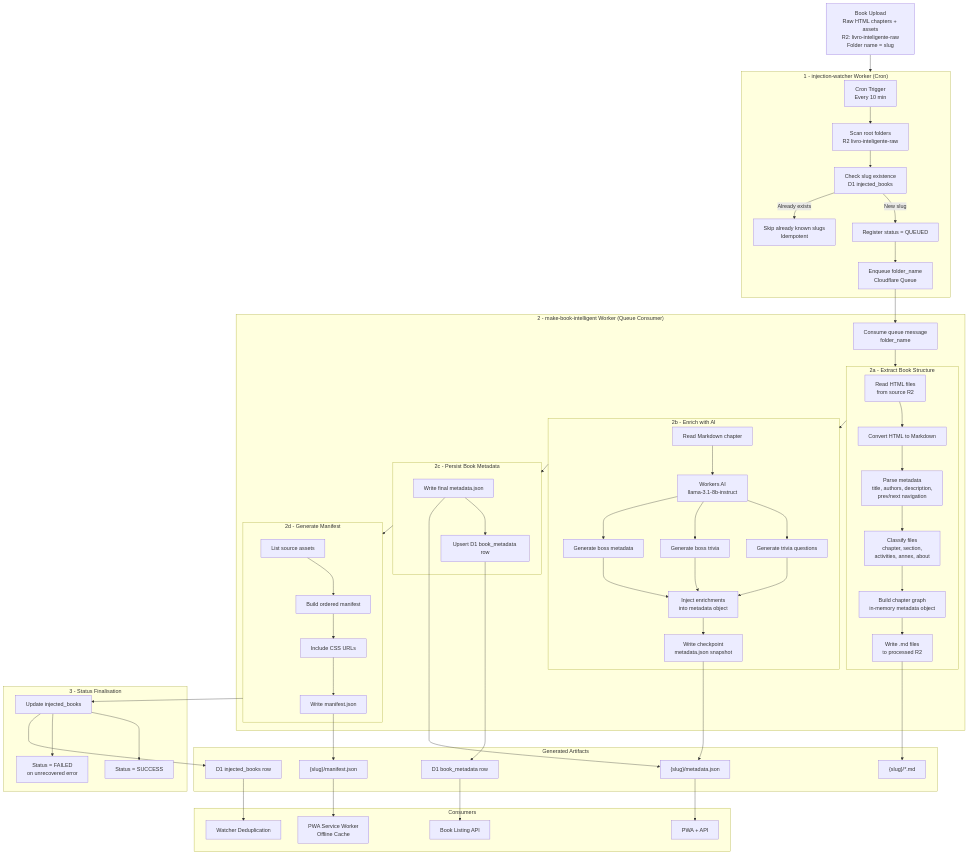
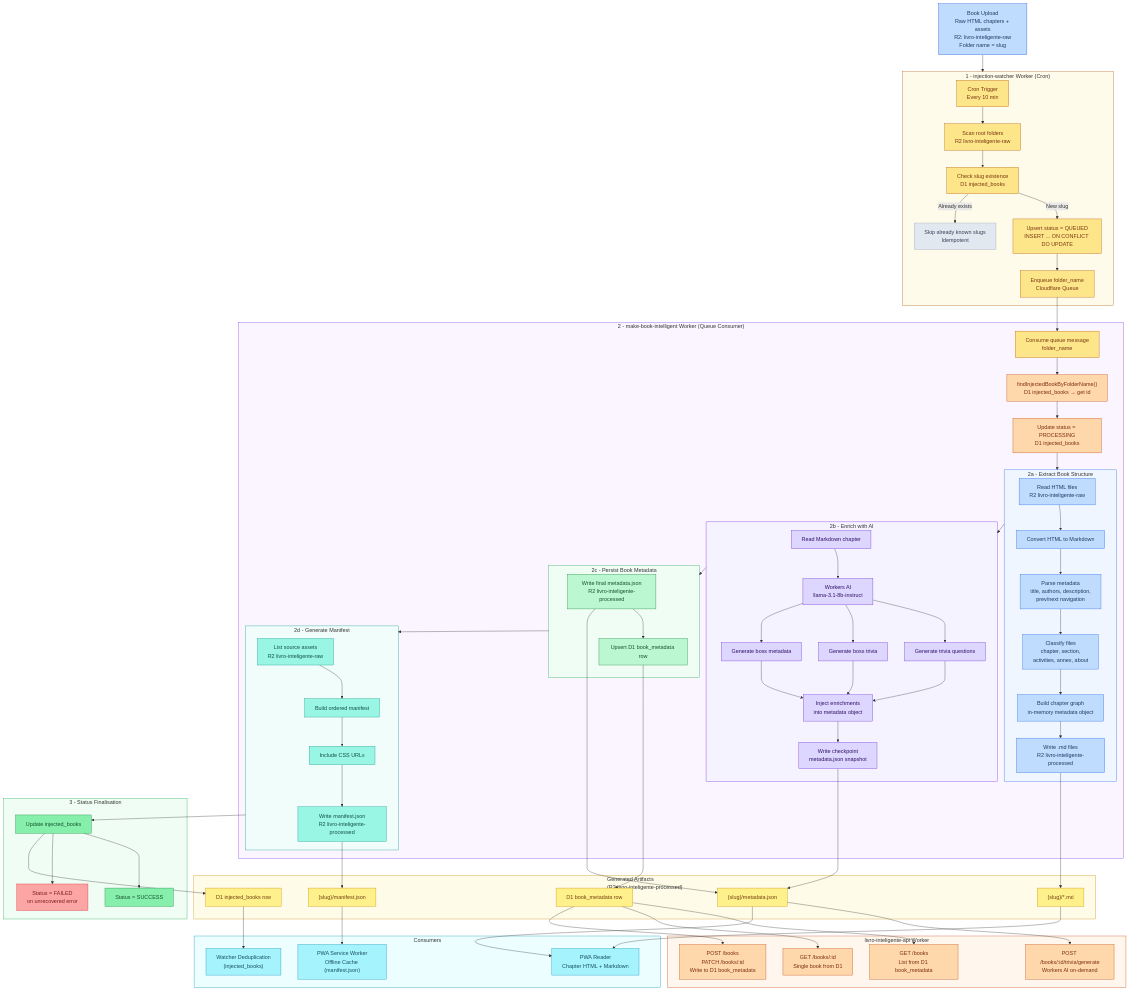
One commit to ermelindoschultz/livro-inteligente changed the first of 2 diagrams in ARCHITECTURE.md. Above: the diagram before and after it, drawn with Mermaid. The commit also changed other lines of this file, not shown here.

Commit message:
docs: improve architecture diagrams to be better readable from github and add some missing logics

````diff
--- a/ARCHITECTURE.md
+++ b/ARCHITECTURE.md
@@ -5,6 +5,20 @@
     %% =========================
     %% BOOK INGESTION PIPELINE
     %% =========================
+
+    classDef upload fill:#bfdbfe,stroke:#1d4ed8,color:#1e3a5f
+    classDef watcher fill:#fde68a,stroke:#b45309,color:#78350f
+    classDef processing fill:#fed7aa,stroke:#c2410c,color:#7c2d12
+    classDef extract fill:#bfdbfe,stroke:#2563eb,color:#1e3a5f
+    classDef ai fill:#ddd6fe,stroke:#6d28d9,color:#2e1065
+    classDef persist fill:#bbf7d0,stroke:#15803d,color:#14532d
+    classDef manifest fill:#99f6e4,stroke:#0d9488,color:#134e4a
+    classDef success fill:#86efac,stroke:#15803d,color:#14532d
+    classDef failed fill:#fca5a5,stroke:#dc2626,color:#7f1d1d
+    classDef artifact fill:#fef08a,stroke:#ca8a04,color:#713f12
+    classDef consumer fill:#a5f3fc,stroke:#0891b2,color:#164e63
+    classDef skip fill:#e2e8f0,stroke:#94a3b8,color:#334155
+    classDef api fill:#fed7aa,stroke:#c2410c,color:#7c2d12
 
     A["Book Upload<br/>Raw HTML chapters + assets<br/>R2: livro-inteligente-raw<br/>Folder name = slug"]
 
@@ -15,7 +29,7 @@
         W1B["Scan root folders<br/>R2 livro-inteligente-raw"]
         W1C["Check slug existence<br/>D1 injected_books"]
 
-        W1D["Register status = QUEUED"]
+        W1D["Upsert status = QUEUED<br/>INSERT ... ON CONFLICT DO UPDATE"]
         W1E["Enqueue folder_name<br/>Cloudflare Queue"]
 
         W1F["Skip already known slugs<br/>Idempotent"]
@@ -34,16 +48,18 @@
     subgraph P1["2 - make-book-intelligent Worker (Queue Consumer)"]
 
         P0["Consume queue message<br/>folder_name"]
+        P0A["findInjectedBookByFolderName()<br/>D1 injected_books → get id"]
+        P0B["Update status = PROCESSING<br/>D1 injected_books"]
 
         %% 2A
         subgraph P2A["2a - Extract Book Structure"]
 
-            P2A1["Read HTML files<br/>from source R2"]
+            P2A1["Read HTML files<br/>R2 livro-inteligente-raw"]
             P2A2["Convert HTML to Markdown"]
             P2A3["Parse metadata<br/>title, authors, description,<br/>prev/next navigation"]
             P2A4["Classify files<br/>chapter, section,<br/>activities, annex, about"]
             P2A5["Build chapter graph<br/>in-memory metadata object"]
-            P2A6["Write .md files<br/>to processed R2"]
+            P2A6["Write .md files<br/>R2 livro-inteligente-processed"]
 
             P2A1 --> P2A2
             P2A2 --> P2A3
@@ -84,7 +100,7 @@
         %% 2C
         subgraph P2C["2c - Persist Book Metadata"]
 
-            P2C1["Write final metadata.json"]
+            P2C1["Write final metadata.json<br/>R2 livro-inteligente-processed"]
             P2C2["Upsert D1 book_metadata row"]
 
             P2C1 --> P2C2
@@ -94,10 +110,10 @@
         %% 2D
         subgraph P2D["2d - Generate Manifest"]
 
-            P2D1["List source assets"]
+            P2D1["List source assets<br/>R2 livro-inteligente-raw"]
             P2D2["Build ordered manifest"]
             P2D3["Include CSS URLs"]
-            P2D4["Write manifest.json"]
+            P2D4["Write manifest.json<br/>R2 livro-inteligente-processed"]
 
             P2D1 --> P2D2
             P2D2 --> P2D3
@@ -105,7 +121,9 @@
 
         end
 
-        P0 --> P2A
+        P0 --> P0A
+        P0A --> P0B
+        P0B --> P2A
         P2A --> P2B
         P2B --> P2C
         P2C --> P2D
@@ -126,7 +144,7 @@
     end
 
     %% ARTIFACTS
-    subgraph ART["Generated Artifacts"]
+    subgraph ART["Generated Artifacts<br/>(R2 livro-inteligente-processed)"]
 
         ART1["{slug}/*.md"]
         ART2["{slug}/metadata.json"]
@@ -136,13 +154,22 @@
 
     end
 
+    %% API
+    subgraph LIAPI["livro-inteligente-api Worker"]
+
+        LIAPI1["GET /books<br/>List from D1 book_metadata"]
+        LIAPI2["GET /books/:id<br/>Single book from D1"]
+        LIAPI3["POST /books/:id/trivia/generate<br/>Workers AI on-demand"]
+        LIAPI4["POST /books<br/>PATCH /books/:id<br/>Write to D1 book_metadata"]
+
+    end
+
     %% CONSUMERS
     subgraph CONS["Consumers"]
 
-        C1["PWA + API"]
-        C2["PWA Service Worker<br/>Offline Cache"]
-        C3["Book Listing API"]
-        C4["Watcher Deduplication"]
+        C2["PWA Service Worker<br/>Offline Cache (manifest.json)"]
+        C3["PWA Reader<br/>Chapter HTML + Markdown"]
+        C4["Watcher Deduplication<br/>(injected_books)"]
 
     end
 
@@ -159,9 +186,43 @@
     P2C2 --> ART4
     F1A --> ART5
 
-    %% CONSUMERS LINKS
-    ART2 --> C1
+    %% API LINKS
+    ART4 --> LIAPI1
+    ART4 --> LIAPI2
+    ART4 --> LIAPI4
+    ART2 --> LIAPI3
+
+    %% CONSUMER LINKS
     ART3 --> C2
-    ART4 --> C3
+    ART1 --> C3
+    ART2 --> C3
     ART5 --> C4
+
+    %% NODE COLORS
+    class A upload
+    class W1A,W1B,W1C,W1D,W1E watcher
+    class W1F skip
+    class P0 watcher
+    class P0A,P0B processing
+    class P2A1,P2A2,P2A3,P2A4,P2A5,P2A6 extract
+    class P2B1,P2B2,P2B3,P2B4,P2B5,P2B6,P2B7 ai
+    class P2C1,P2C2 persist
+    class P2D1,P2D2,P2D3,P2D4 manifest
+    class F1A,F1B success
+    class F1C failed
+    class ART1,ART2,ART3,ART4,ART5 artifact
+    class LIAPI1,LIAPI2,LIAPI3,LIAPI4 api
+    class C2,C3,C4 consumer
+
+    %% SUBGRAPH COLORS
+    style W1 fill:#fffbeb,stroke:#b45309
+    style P1 fill:#faf5ff,stroke:#7c3aed
+    style P2A fill:#eff6ff,stroke:#2563eb
+    style P2B fill:#f5f3ff,stroke:#6d28d9
+    style P2C fill:#f0fdf4,stroke:#16a34a
+    style P2D fill:#f0fdfa,stroke:#0d9488
+    style F1 fill:#f0fdf4,stroke:#16a34a
+    style ART fill:#fefce8,stroke:#ca8a04
+    style LIAPI fill:#fff7ed,stroke:#c2410c
+    style CONS fill:#ecfeff,stroke:#0891b2
 ```
````
